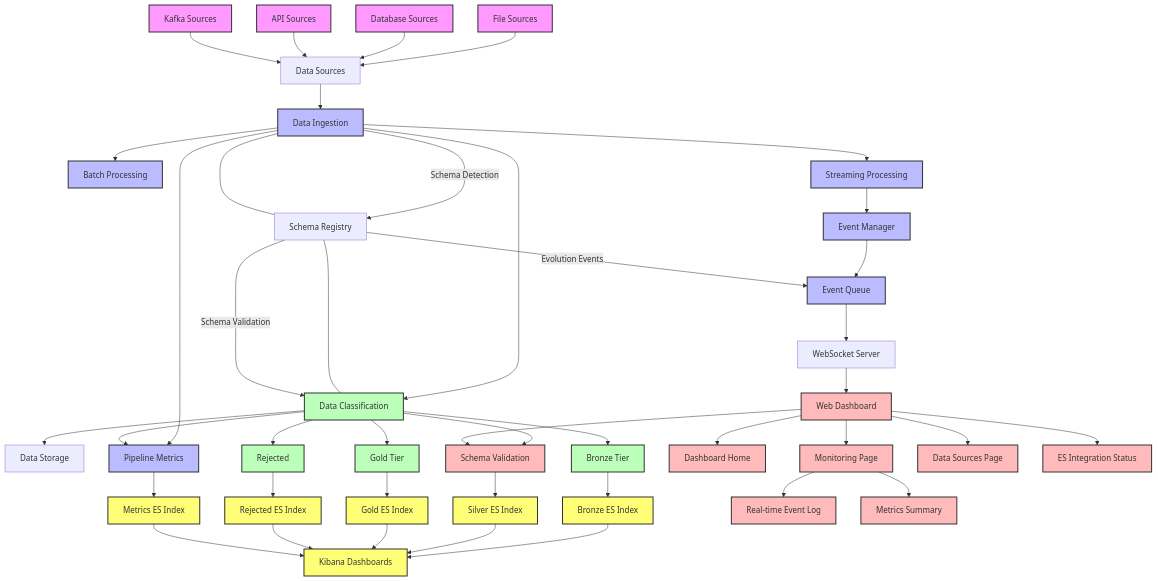
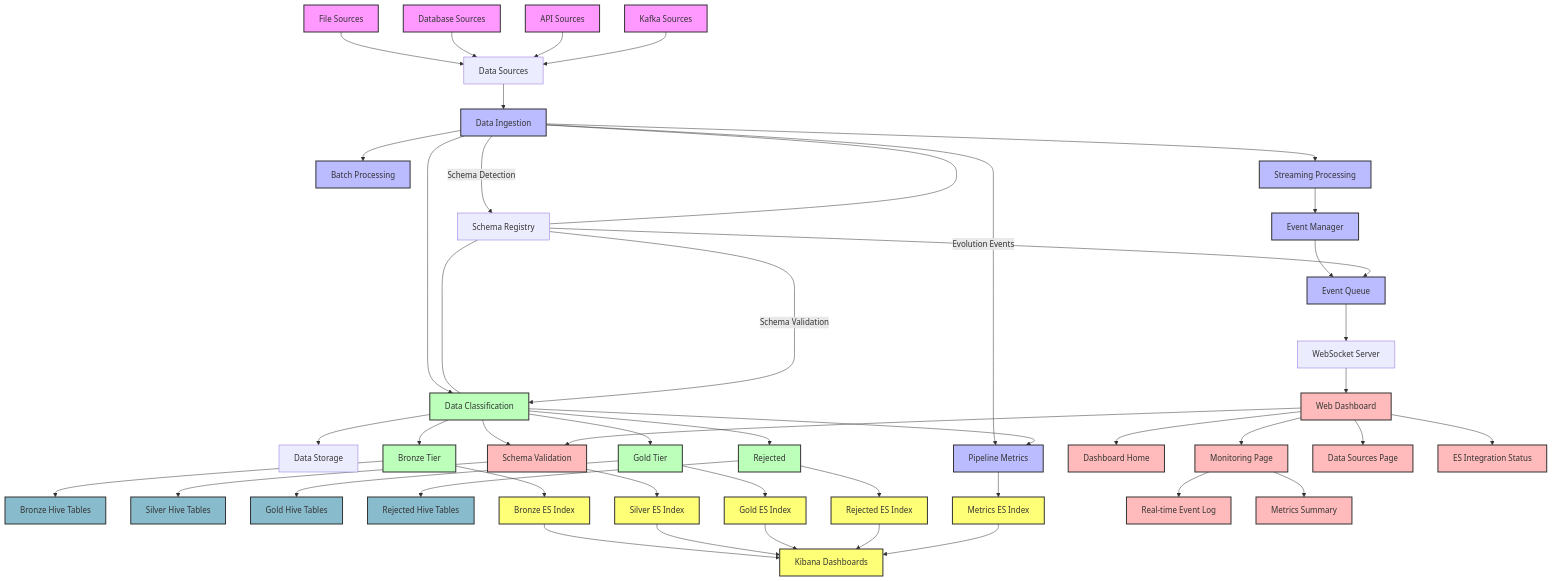
Before and after one commit to rahulbittu/DataIngestionPySpark: the diagram in README.md, drawn with Mermaid. The commit also changed other lines of this file and 2 other files, not shown here.

First line of the commit message:
Update documentation to reflect changes including Apache Hive integration and enhanced web dashboard.

````diff
--- a/README.md
+++ b/README.md
@@ -77,7 +78,13 @@
     CL --> GD[Gold Tier]
     CL --> RJ[Rejected]
     
-    %% Elasticsearch Integration
+    %% Primary Storage (Hive)
+    BZ --> HV_BZ[Bronze Hive Tables]
+    SV --> HV_SV[Silver Hive Tables]
+    GD --> HV_GD[Gold Hive Tables]
+    RJ --> HV_RJ[Rejected Hive Tables]
+    
+    %% Secondary Storage (Elasticsearch)
     BZ --> ES_BZ[Bronze ES Index]
     SV --> ES_SV[Silver ES Index]
     GD --> ES_GD[Gold ES Index]
@@ -119,10 +126,12 @@
     classDef classification fill:#bfb,stroke:#333,stroke-width:2px
     classDef dashboard fill:#fbb,stroke:#333,stroke-width:2px
     classDef elastic fill:#ff7, stroke:#333, stroke-width:2px
+    classDef hive fill:#8bc, stroke:#333, stroke-width:2px
     
     class DS_F,DS_D,DS_A,DS_K source
     class IN,BP,SP,EM,EQ,MT processing
     class CL,BZ,SV,GD,RJ classification
     class WD,DH,MP,DSP,SV,RT,MS,ELD dashboard
     class ES_BZ,ES_SV,ES_GD,ES_RJ,ES_MT,KB elastic
+    class HV_BZ,HV_SV,HV_GD,HV_RJ hive
 ```
````
